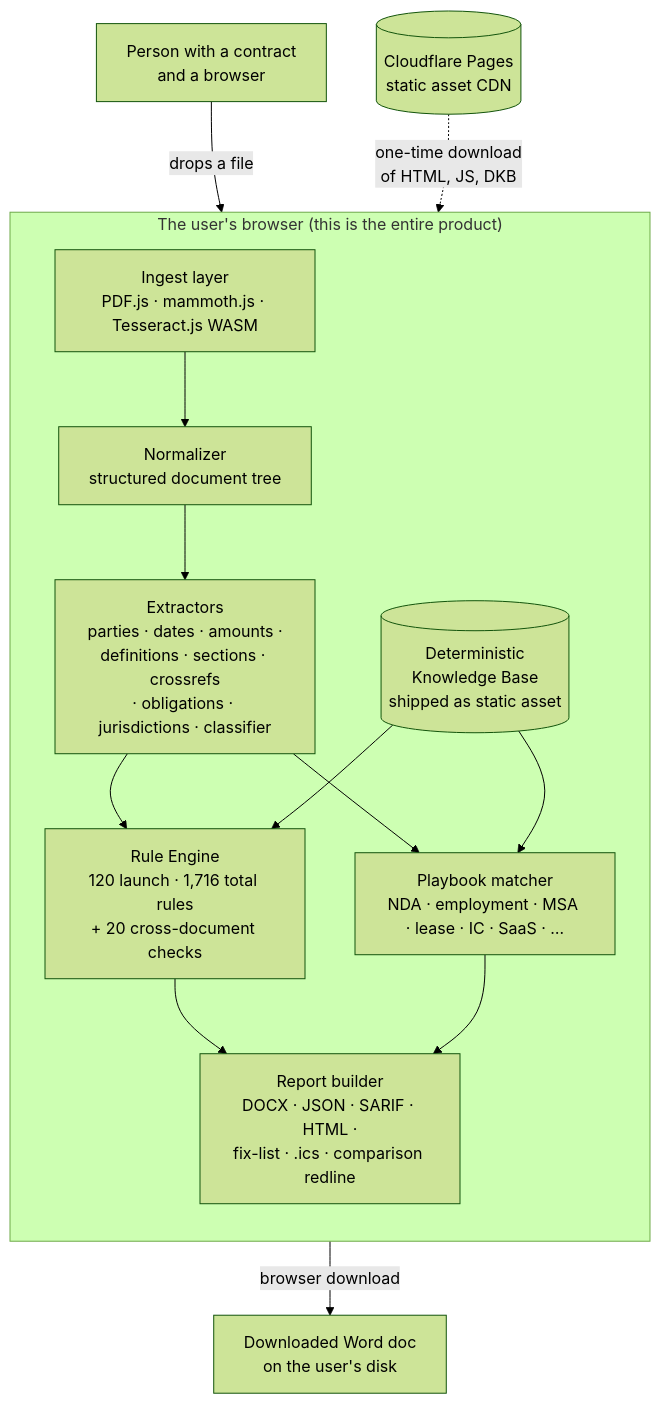
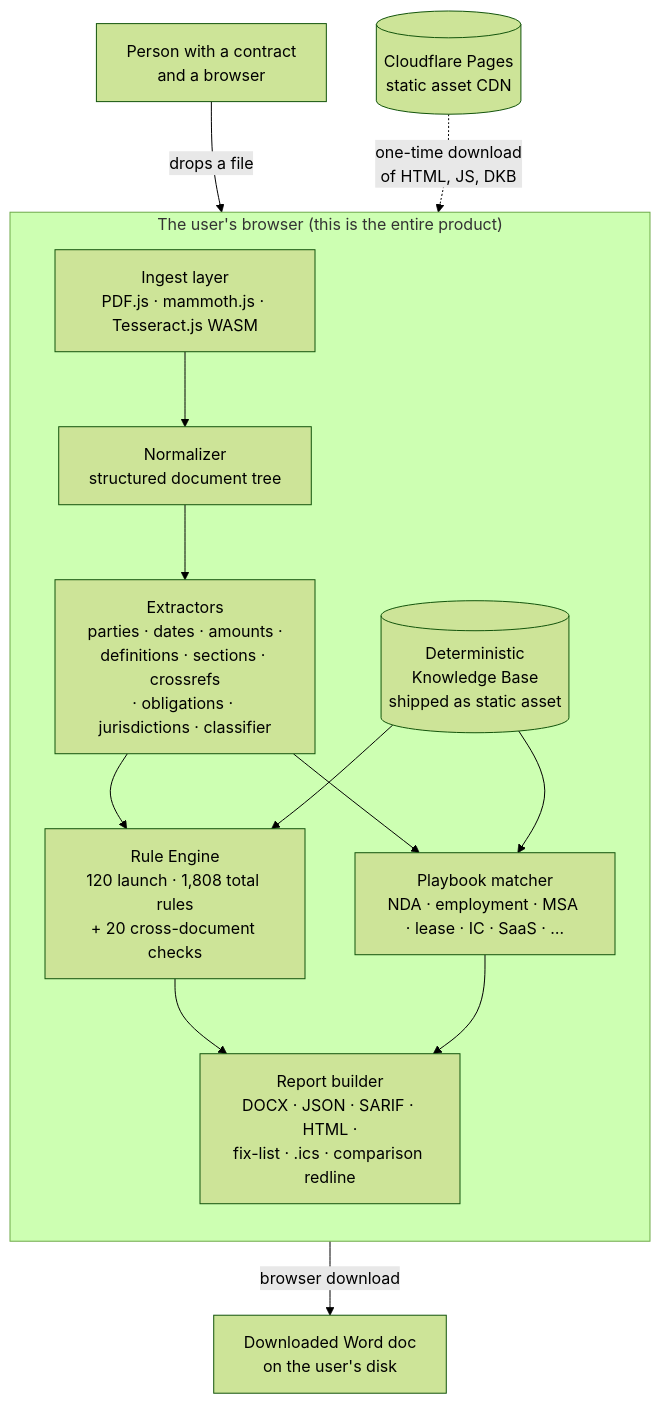
Before and after one commit to clay-good/vaulytica: the diagram in docs/architecture.md, drawn with Mermaid (forest theme). The commit also changed 41 other files, not shown here.

````diff
--- a/docs/architecture.md
+++ b/docs/architecture.md
@@ -5,28 +5,28 @@
 ```mermaid
 flowchart TB
     user[Person with a contract<br/>and a browser]
 
     subgraph browser["The user's browser (this is the entire product)"]
         direction TB
         ingest[Ingest layer<br/>PDF.js · mammoth.js · Tesseract.js WASM]
         normalize[Normalizer<br/>structured document tree]
         extract[Extractors<br/>parties · dates · amounts ·<br/>definitions · sections · crossrefs<br/>· obligations · jurisdictions · classifier]
-        engine[Rule Engine<br/>120 launch · 1,716 total rules<br/>+ 20 cross-document checks]
+        engine[Rule Engine<br/>120 launch · 1,808 total rules<br/>+ 20 cross-document checks]
         playbook[Playbook matcher<br/>NDA · employment · MSA · lease · IC · SaaS · …]
         dkb[(Deterministic<br/>Knowledge Base<br/>shipped as static asset)]
         report[Report builder<br/>DOCX · JSON · SARIF · HTML ·<br/>fix-list · .ics · comparison redline]
     end
 
     cdn[(Cloudflare Pages<br/>static asset CDN)]
     download[Downloaded Word doc<br/>on the user's disk]
 
     user -- "drops a file" --> ingest
     cdn -. "one-time download<br/>of HTML, JS, DKB" .-> browser
     ingest --> normalize --> extract --> engine
     extract --> playbook
     dkb --> engine
     dkb --> playbook
     engine --> report
     playbook --> report
     report -- "browser download" --> download
 ```
````
